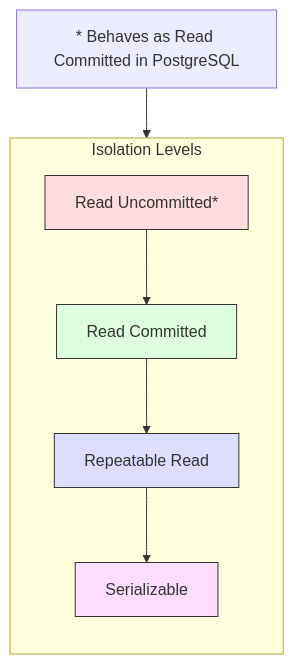
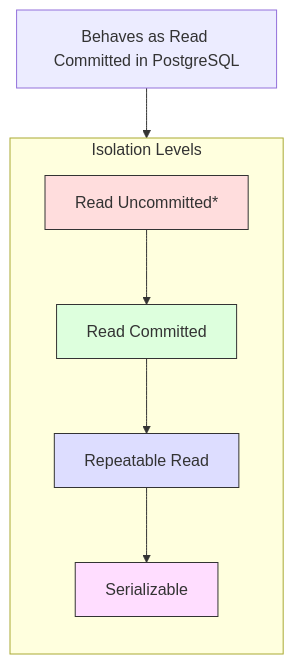
One commit to jonatas/postgresql-performance-for-rubyists changed the third of 4 diagrams in examples/02_transactions/README.md. Above: the diagram before and after it, drawn with Mermaid. The commit also changed other lines of this file and 1 other file, not shown here.

````diff
--- a/examples/02_transactions/README.md
+++ b/examples/02_transactions/README.md
@@ -44,17 +44,17 @@
 ```mermaid
 graph TB
     subgraph "Isolation Levels"
         direction TB
         RL[Read Uncommitted*] --> RC[Read Committed]
         RC --> RR[Repeatable Read]
         RR --> S[Serializable]
         
         style RL fill:#fdd,stroke:#333
         style RC fill:#dfd,stroke:#333
         style RR fill:#ddf,stroke:#333
         style S fill:#fdf,stroke:#333
     end
 
-    note["* Behaves as Read Committed in PostgreSQL"]
+    note[" Behaves as Read Committed in PostgreSQL"]
     note --> RL
 ```
````
